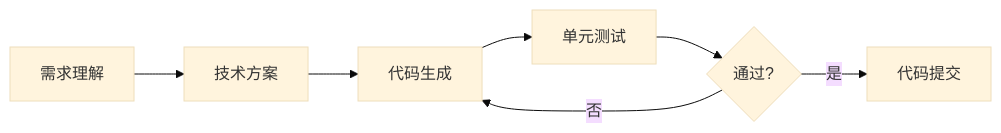
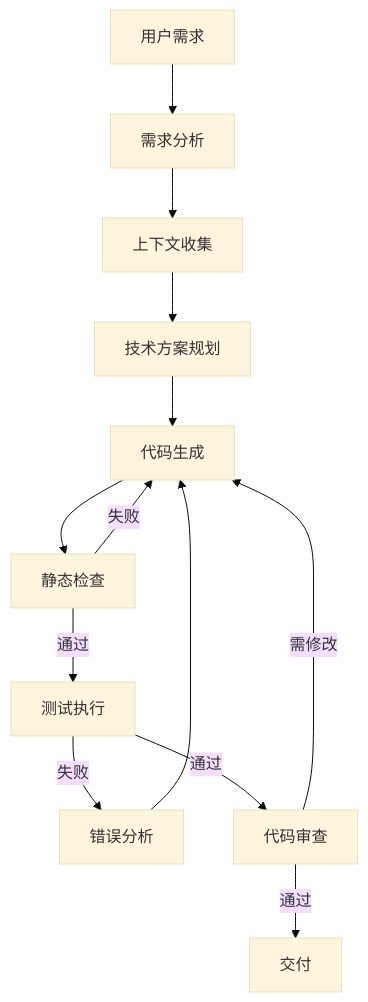
One commit to dilboy/agent-programming-wiki changed the first of 2 diagrams in docs/08-案例研究/01-代码生成Agent.md. Above: the diagram before and after it, drawn with Mermaid (base theme). The commit also changed other lines of this file and 9 other files, not shown here.

````diff
--- a/docs/08-案例研究/01-代码生成Agent.md
+++ b/docs/08-案例研究/01-代码生成Agent.md
@@ -19,9 +19,15 @@
 ```mermaid
-graph LR
-    A[需求理解] --> B[技术方案]
-    B --> C[代码生成]
-    C --> D[单元测试]
-    D --> E{通过?}
-    E -->|否| C
-    E -->|是| F[代码提交]
+graph TD
+    A[用户需求] --> B[需求分析]
+    B --> C[上下文收集]
+    C --> D[技术方案规划]
+    D --> E[代码生成]
+    E --> F[静态检查]
+    F -->|失败| E
+    F -->|通过| G[测试执行]
+    G -->|失败| H[错误分析]
+    H --> E
+    G -->|通过| I[代码审查]
+    I -->|需修改| E
+    I -->|通过| J[交付]
 ```
````
